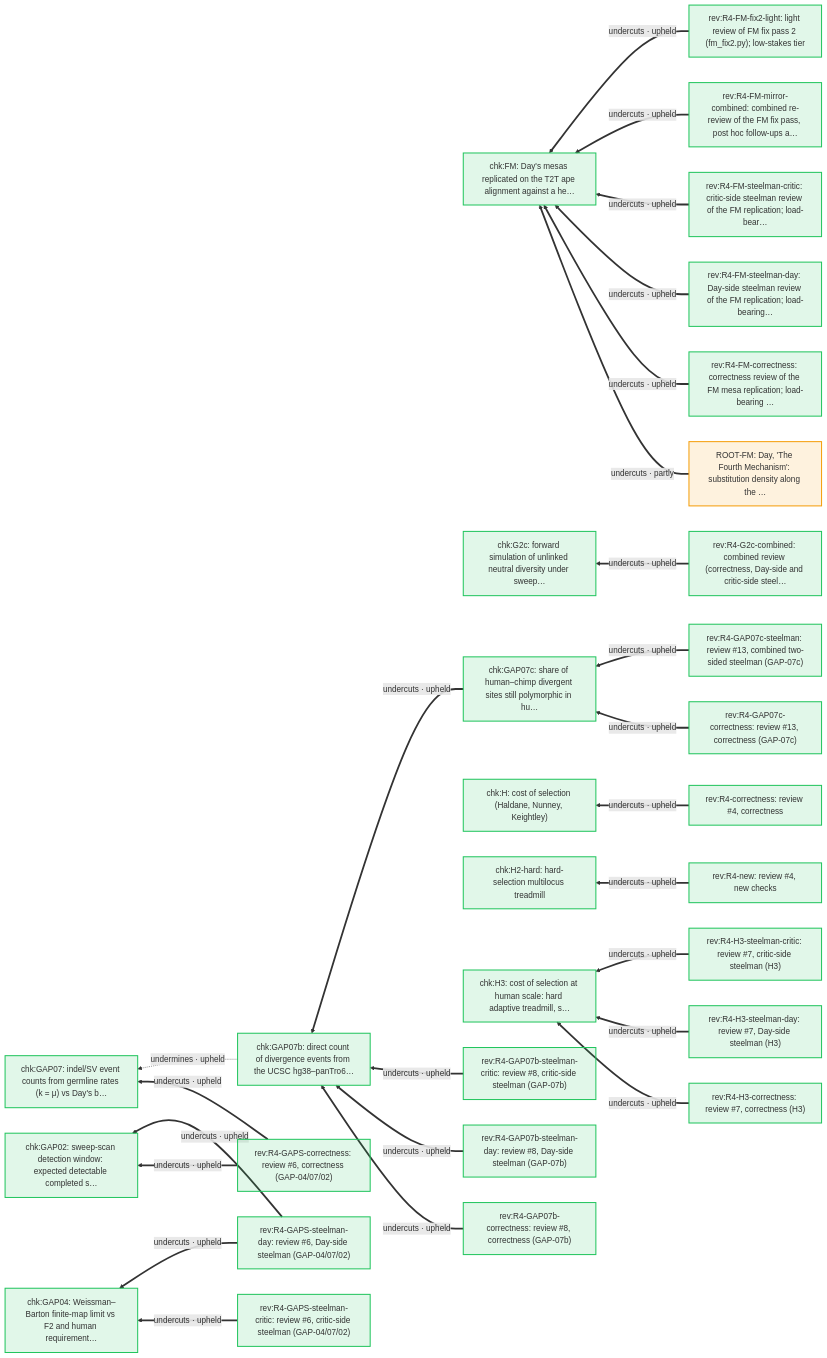
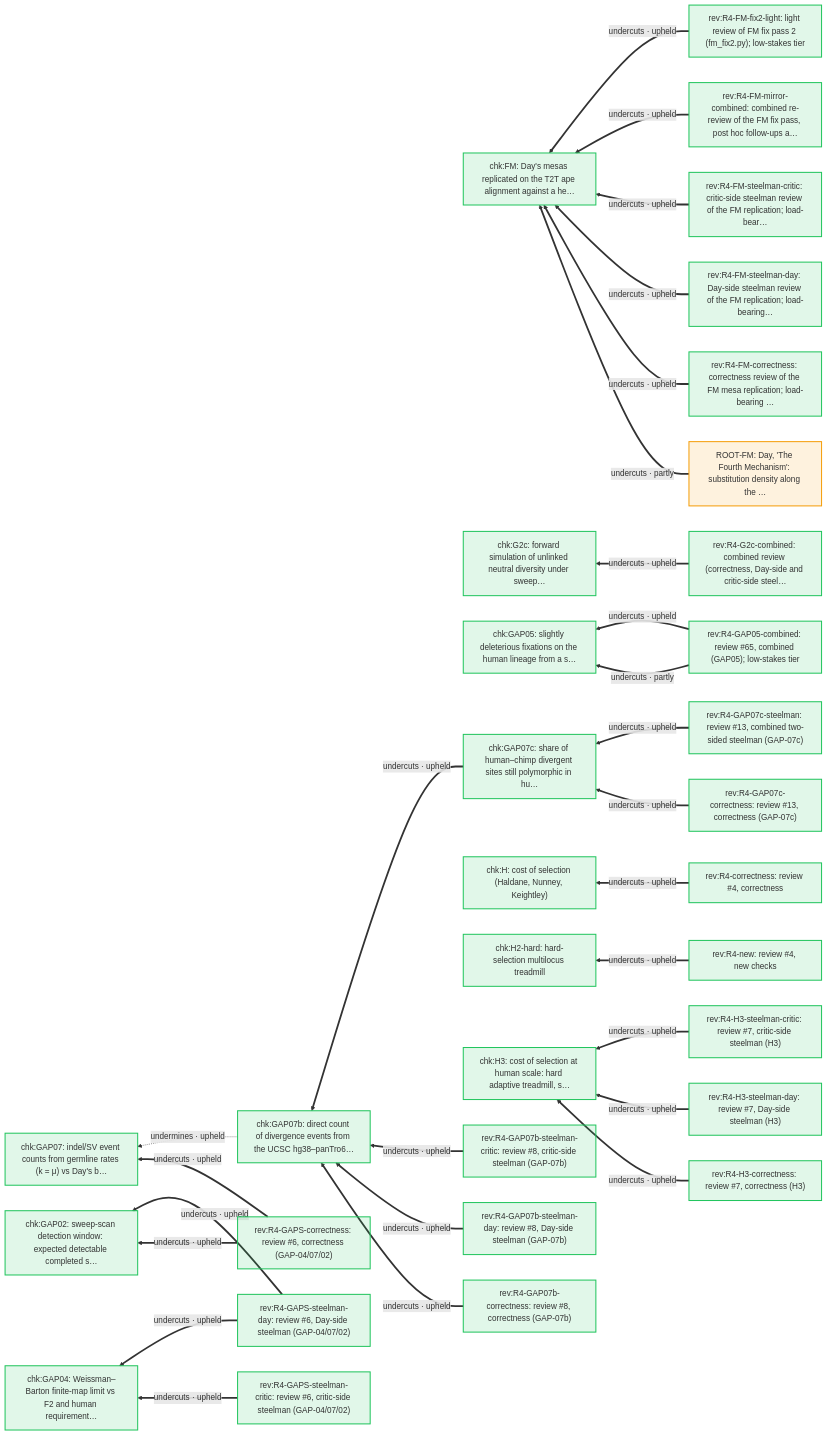
Diagram 20 of 21 in docs/arguments/defeaters.md (nickallevato/evo-sim), drawn with Mermaid before and after one commit. The commit also changed other lines of this file and 7 other files, not shown here.

First line of the commit message:
Argmap: chk/rev ids, defeaters d431-d444, lineage nodes, mini-forms; counts and figures

````diff
--- a/docs/arguments/defeaters.md
+++ b/docs/arguments/defeaters.md
@@ -1051,62 +1088,66 @@
 ```mermaid
 flowchart RL
   classDef day fill:#f59e0b22,stroke:#f59e0b,stroke-width:2px
   classDef ally fill:#d9770622,stroke:#d97706,stroke-width:2px
   classDef critic fill:#3b82f622,stroke:#3b82f6,stroke-width:2px
   classDef literature fill:#a3a3a322,stroke:#a3a3a3,stroke-width:2px
   classDef audit fill:#22c55e22,stroke:#22c55e,stroke-width:2px
   ROOT_FM["ROOT-FM: Day, 'The Fourth Mechanism': substitution density along the …"]:::day
   chk_FM["chk:FM: Day's mesas replicated on the T2T ape alignment against a he…"]:::audit
   chk_G2c["chk:G2c: forward simulation of unlinked neutral diversity under sweep…"]:::audit
   chk_GAP02["chk:GAP02: sweep-scan detection window: expected detectable completed s…"]:::audit
   chk_GAP04["chk:GAP04: Weissman–Barton finite-map limit vs F2 and human requirement…"]:::audit
+  chk_GAP05["chk:GAP05: slightly deleterious fixations on the human lineage from a s…"]:::audit
   chk_GAP07["chk:GAP07: indel/SV event counts from germline rates (k = μ) vs Day's b…"]:::audit
   chk_GAP07b["chk:GAP07b: direct count of divergence events from the UCSC hg38–panTro6…"]:::audit
   chk_GAP07c["chk:GAP07c: share of human–chimp divergent sites still polymorphic in hu…"]:::audit
   chk_H["chk:H: cost of selection (Haldane, Nunney, Keightley)"]:::audit
   chk_H2_hard["chk:H2-hard: hard-selection multilocus treadmill"]:::audit
   chk_H3["chk:H3: cost of selection at human scale: hard adaptive treadmill, s…"]:::audit
   rev_R4_FM_correctness["rev:R4-FM-correctness: correctness review of the FM mesa replication; load-bearing …"]:::audit
   rev_R4_FM_fix2_light["rev:R4-FM-fix2-light: light review of FM fix pass 2 (fm_fix2.py); low-stakes tier"]:::audit
   rev_R4_FM_mirror_combined["rev:R4-FM-mirror-combined: combined re-review of the FM fix pass, post hoc follow-ups a…"]:::audit
   rev_R4_FM_steelman_critic["rev:R4-FM-steelman-critic: critic-side steelman review of the FM replication; load-bear…"]:::audit
   rev_R4_FM_steelman_day["rev:R4-FM-steelman-day: Day-side steelman review of the FM replication; load-bearing…"]:::audit
   rev_R4_G2c_combined["rev:R4-G2c-combined: combined review (correctness, Day-side and critic-side steel…"]:::audit
+  rev_R4_GAP05_combined["rev:R4-GAP05-combined: review #65, combined (GAP05); low-stakes tier"]:::audit
   rev_R4_GAP07b_correctness["rev:R4-GAP07b-correctness: review #8, correctness (GAP-07b)"]:::audit
   rev_R4_GAP07b_steelman_critic["rev:R4-GAP07b-steelman-critic: review #8, critic-side steelman (GAP-07b)"]:::audit
   rev_R4_GAP07b_steelman_day["rev:R4-GAP07b-steelman-day: review #8, Day-side steelman (GAP-07b)"]:::audit
   rev_R4_GAP07c_correctness["rev:R4-GAP07c-correctness: review #13, correctness (GAP-07c)"]:::audit
   rev_R4_GAP07c_steelman["rev:R4-GAP07c-steelman: review #13, combined two-sided steelman (GAP-07c)"]:::audit
   rev_R4_GAPS_correctness["rev:R4-GAPS-correctness: review #6, correctness (GAP-04/07/02)"]:::audit
   rev_R4_GAPS_steelman_critic["rev:R4-GAPS-steelman-critic: review #6, critic-side steelman (GAP-04/07/02)"]:::audit
   rev_R4_GAPS_steelman_day["rev:R4-GAPS-steelman-day: review #6, Day-side steelman (GAP-04/07/02)"]:::audit
   rev_R4_H3_correctness["rev:R4-H3-correctness: review #7, correctness (H3)"]:::audit
   rev_R4_H3_steelman_critic["rev:R4-H3-steelman-critic: review #7, critic-side steelman (H3)"]:::audit
   rev_R4_H3_steelman_day["rev:R4-H3-steelman-day: review #7, Day-side steelman (H3)"]:::audit
   rev_R4_correctness["rev:R4-correctness: review #4, correctness"]:::audit
   rev_R4_new["rev:R4-new: review #4, new checks"]:::audit
   ROOT_FM ==>|"undercuts · partly"| chk_FM
   rev_R4_FM_correctness ==>|"undercuts · upheld"| chk_FM
   rev_R4_FM_steelman_day ==>|"undercuts · upheld"| chk_FM
   rev_R4_FM_steelman_critic ==>|"undercuts · upheld"| chk_FM
   rev_R4_FM_mirror_combined ==>|"undercuts · upheld"| chk_FM
   rev_R4_FM_fix2_light ==>|"undercuts · upheld"| chk_FM
   rev_R4_G2c_combined ==>|"undercuts · upheld"| chk_G2c
   rev_R4_GAPS_correctness ==>|"undercuts · upheld"| chk_GAP02
   rev_R4_GAPS_steelman_day ==>|"undercuts · upheld"| chk_GAP02
   rev_R4_GAPS_steelman_critic ==>|"undercuts · upheld"| chk_GAP04
   rev_R4_GAPS_steelman_day ==>|"undercuts · upheld"| chk_GAP04
+  rev_R4_GAP05_combined ==>|"undercuts · partly"| chk_GAP05
+  rev_R4_GAP05_combined ==>|"undercuts · upheld"| chk_GAP05
   rev_R4_GAPS_correctness ==>|"undercuts · upheld"| chk_GAP07
   chk_GAP07b -.->|"undermines · upheld"| chk_GAP07
   rev_R4_GAP07b_correctness ==>|"undercuts · upheld"| chk_GAP07b
   rev_R4_GAP07b_steelman_day ==>|"undercuts · upheld"| chk_GAP07b
   rev_R4_GAP07b_steelman_critic ==>|"undercuts · upheld"| chk_GAP07b
   chk_GAP07c ==>|"undercuts · upheld"| chk_GAP07b
   rev_R4_GAP07c_correctness ==>|"undercuts · upheld"| chk_GAP07c
   rev_R4_GAP07c_steelman ==>|"undercuts · upheld"| chk_GAP07c
   rev_R4_correctness ==>|"undercuts · upheld"| chk_H
   rev_R4_new ==>|"undercuts · upheld"| chk_H2_hard
   rev_R4_H3_correctness ==>|"undercuts · upheld"| chk_H3
   rev_R4_H3_steelman_day ==>|"undercuts · upheld"| chk_H3
   rev_R4_H3_steelman_critic ==>|"undercuts · upheld"| chk_H3
 ```
````
